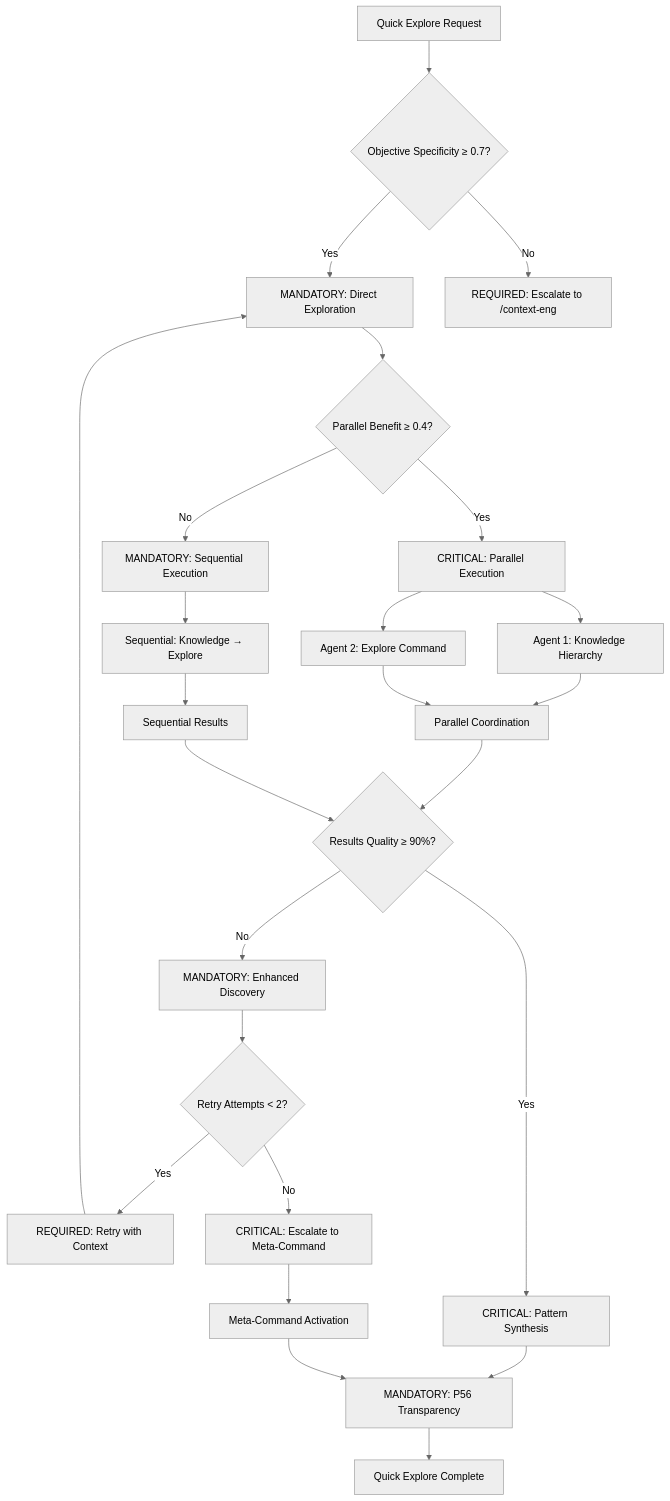
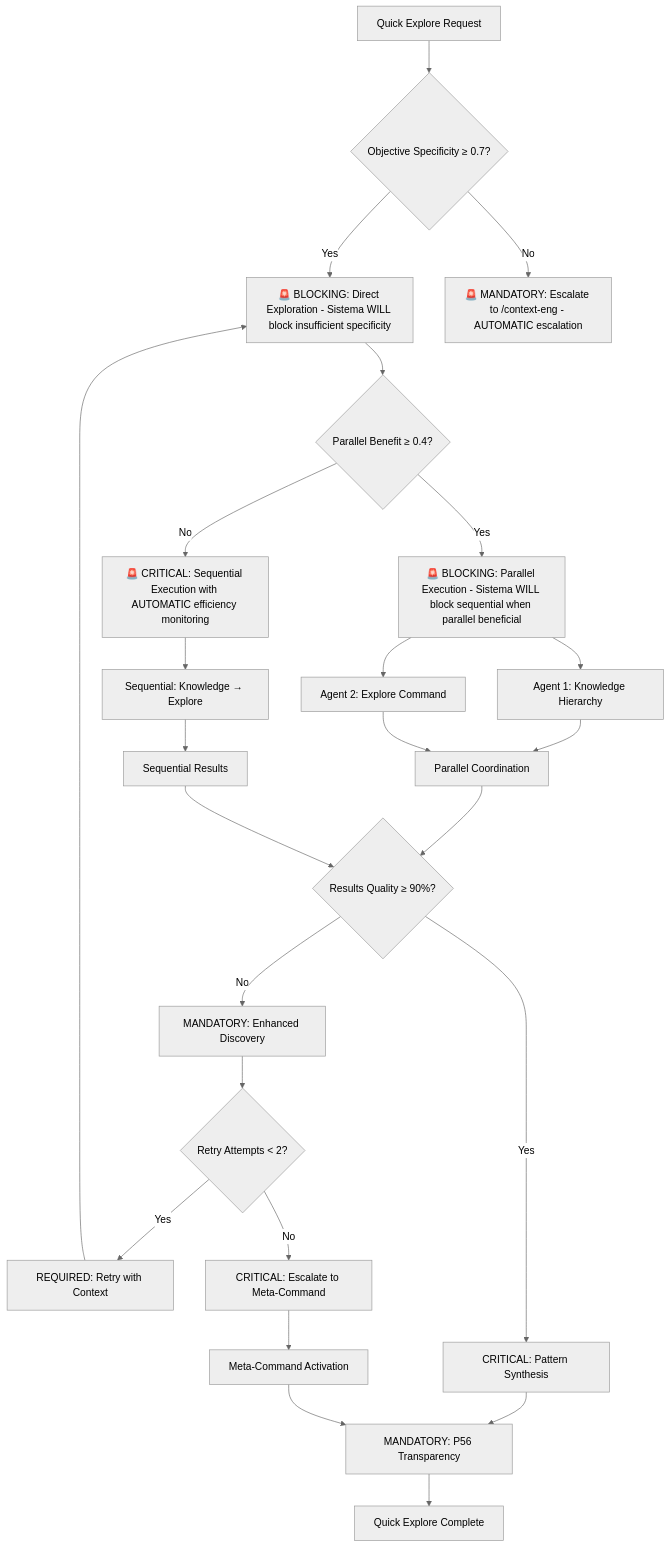
Before and after one commit to neestoralvz/claude-context-engineering: the first of 4 diagrams in docs/commands/behavioral/exploration/quick-explore.md, drawn with Mermaid (neutral theme). The commit also changed other lines of this file and 32 other files, not shown here.

````diff
--- a/docs/commands/behavioral/exploration/quick-explore.md
+++ b/docs/commands/behavioral/exploration/quick-explore.md
@@ -63,27 +65,27 @@
 ```mermaid
 graph TD
     A[Quick Explore Request] --> B{Objective Specificity ≥ 0.7?}
-    B -->|Yes| C[MANDATORY: Direct Exploration]
-    B -->|No| D[REQUIRED: Escalate to /context-eng]
+    B -->|Yes| C[🚨 BLOCKING: Direct Exploration - Sistema WILL block insufficient specificity]
+    B -->|No| D[🚨 MANDATORY: Escalate to /context-eng - AUTOMATIC escalation]
     C --> E{Parallel Benefit ≥ 0.4?}
-    E -->|Yes| F[CRITICAL: Parallel Execution]
-    E -->|No| G[MANDATORY: Sequential Execution]
+    E -->|Yes| F[🚨 BLOCKING: Parallel Execution - Sistema WILL block sequential when parallel beneficial]
+    E -->|No| G[🚨 CRITICAL: Sequential Execution with AUTOMATIC efficiency monitoring]
     F --> H[Agent 1: Knowledge Hierarchy]
     F --> I[Agent 2: Explore Command]
     G --> J[Sequential: Knowledge → Explore]
     H --> K[Parallel Coordination]
     I --> K
     J --> L[Sequential Results]
     K --> M{Results Quality ≥ 90%?}
     L --> M
     M -->|Yes| N[CRITICAL: Pattern Synthesis]
     M -->|No| O[MANDATORY: Enhanced Discovery]
     O --> P{Retry Attempts < 2?}
     P -->|Yes| Q[REQUIRED: Retry with Context]
     P -->|No| R[CRITICAL: Escalate to Meta-Command]
     Q --> C
     R --> S[Meta-Command Activation]
     N --> T[MANDATORY: P56 Transparency]
     S --> T
     T --> U[Quick Explore Complete]
 ```
````
